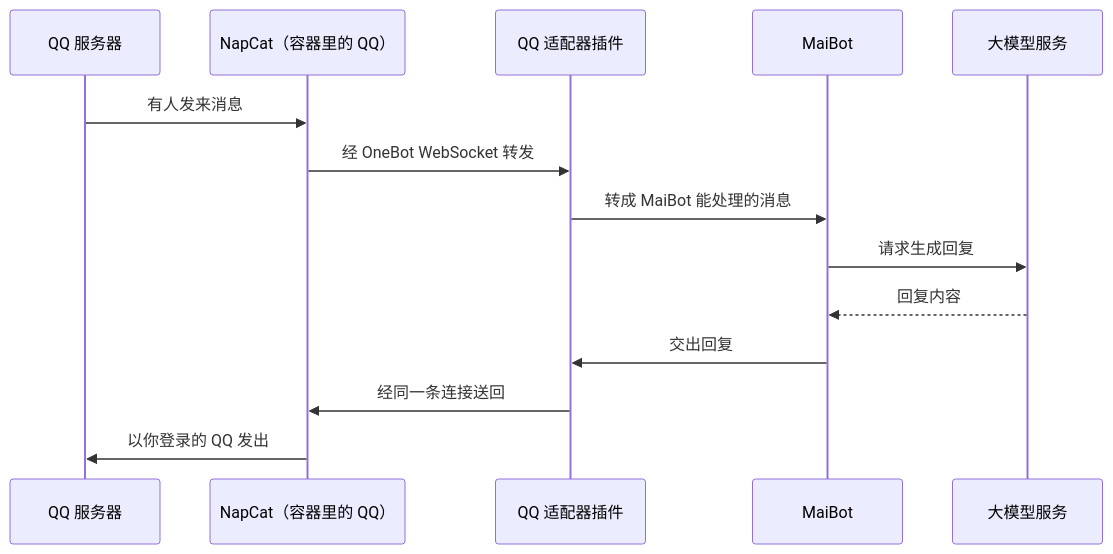
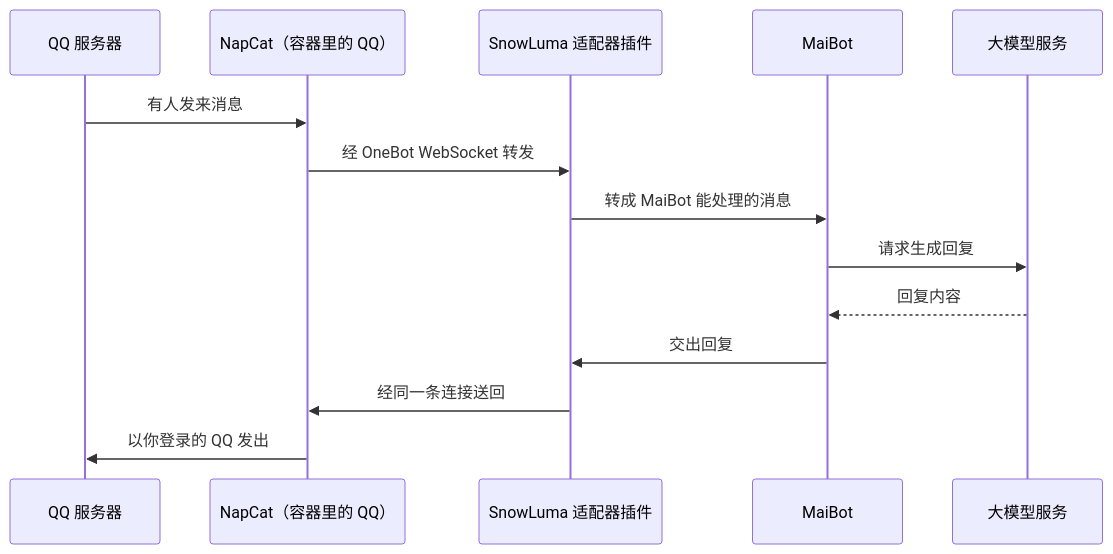
The third of 3 diagrams in README.md (Mai-with-u/MaiDroid), drawn with Mermaid before and after one commit. The commit also changed other lines of this file and 7 other files, not shown here.

````diff
--- a/README.md
+++ b/README.md
@@ -129,17 +129,17 @@
 ```mermaid
 sequenceDiagram
     participant Q as QQ 服务器
     participant N as NapCat（容器里的 QQ）
-    participant A as QQ 适配器插件
+    participant A as SnowLuma 适配器插件
     participant M as MaiBot
     participant L as 大模型服务
 
     Q->>N: 有人发来消息
     N->>A: 经 OneBot WebSocket 转发
     A->>M: 转成 MaiBot 能处理的消息
     M->>L: 请求生成回复
     L-->>M: 回复内容
     M->>A: 交出回复
     A->>N: 经同一条连接送回
     N->>Q: 以你登录的 QQ 发出
 ```
````
